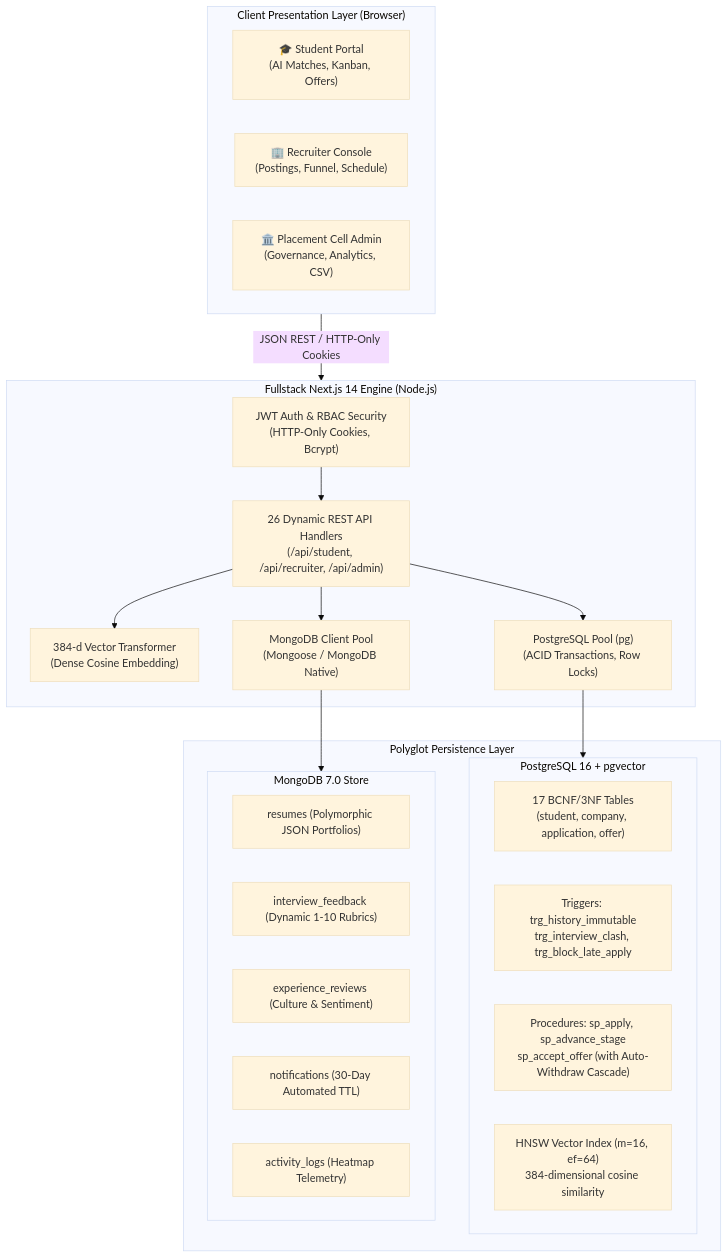
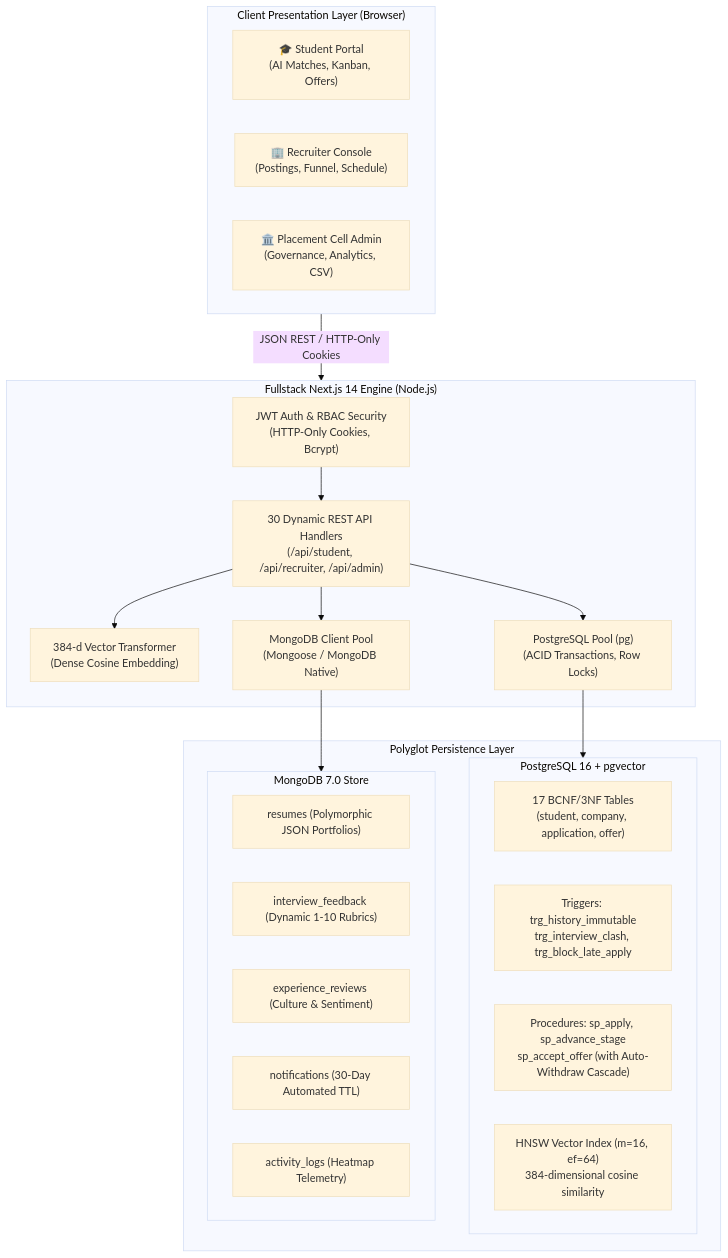
Before and after one commit to Sumukh-2006/DBMS_Mini-Project: the diagram in README.md, drawn with Mermaid (base theme). The commit also changed other lines of this file and 26 other files, not shown here.

````diff
--- a/README.md
+++ b/README.md
@@ -58,41 +58,41 @@
 ```mermaid
 graph TD
     subgraph Browser ["Client Presentation Layer (Browser)"]
         UI_Student["🎓 Student Portal<br/>(AI Matches, Kanban, Offers)"]
         UI_Recruiter["🏢 Recruiter Console<br/>(Postings, Funnel, Schedule)"]
         UI_Admin["🏛️ Placement Cell Admin<br/>(Governance, Analytics, CSV)"]
     end
 
     subgraph AppServer ["Fullstack Next.js 14 Engine (Node.js)"]
         AuthMid["JWT Auth & RBAC Security<br/>(HTTP-Only Cookies, Bcrypt)"]
-        APIRoutes["26 Dynamic REST API Handlers<br/>(/api/student, /api/recruiter, /api/admin)"]
+        APIRoutes["30 Dynamic REST API Handlers<br/>(/api/student, /api/recruiter, /api/admin)"]
         VectorEngine["384-d Vector Transformer<br/>(Dense Cosine Embedding)"]
         PGPool["PostgreSQL Pool (pg)<br/>(ACID Transactions, Row Locks)"]
         MongoClient["MongoDB Client Pool<br/>(Mongoose / MongoDB Native)"]
     end
 
     subgraph Storage ["Polyglot Persistence Layer"]
         subgraph Postgres ["PostgreSQL 16 + pgvector"]
             PG_Tables["17 BCNF/3NF Tables<br/>(student, company, application, offer)"]
             PG_Triggers["Triggers: trg_history_immutable<br/>trg_interview_clash, trg_block_late_apply"]
             PG_Procedures["Procedures: sp_apply, sp_advance_stage<br/>sp_accept_offer (with Auto-Withdraw Cascade)"]
             PG_Vectors["HNSW Vector Index (m=16, ef=64)<br/>384-dimensional cosine similarity"]
         end
 
         subgraph Mongo ["MongoDB 7.0 Store"]
             MG_Resumes["resumes (Polymorphic JSON Portfolios)"]
             MG_Feedback["interview_feedback (Dynamic 1-10 Rubrics)"]
             MG_Reviews["experience_reviews (Culture & Sentiment)"]
             MG_TTL["notifications (30-Day Automated TTL)"]
             MG_Logs["activity_logs (Heatmap Telemetry)"]
         end
     end
 
     Browser -->|JSON REST / HTTP-Only Cookies| AppServer
     AuthMid --> APIRoutes
     APIRoutes --> VectorEngine
     APIRoutes --> PGPool
     APIRoutes --> MongoClient
     PGPool --> Postgres
     MongoClient --> Mongo
 ```
````
